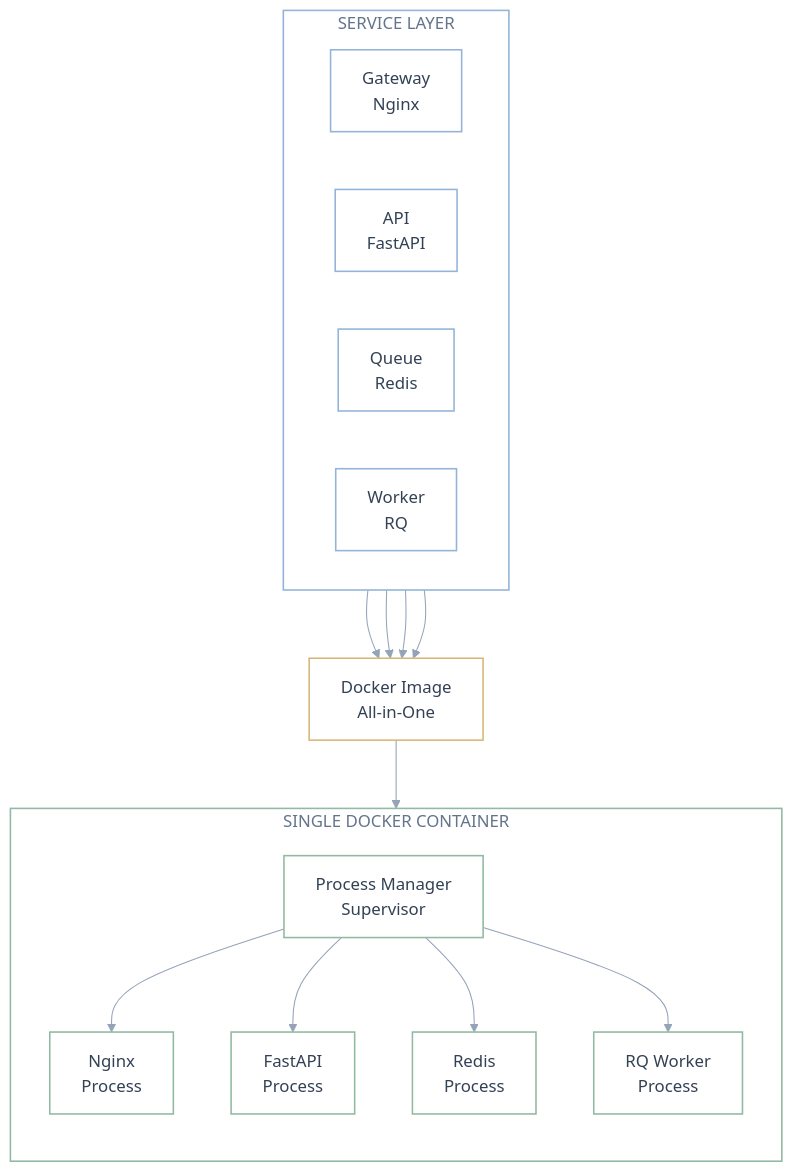
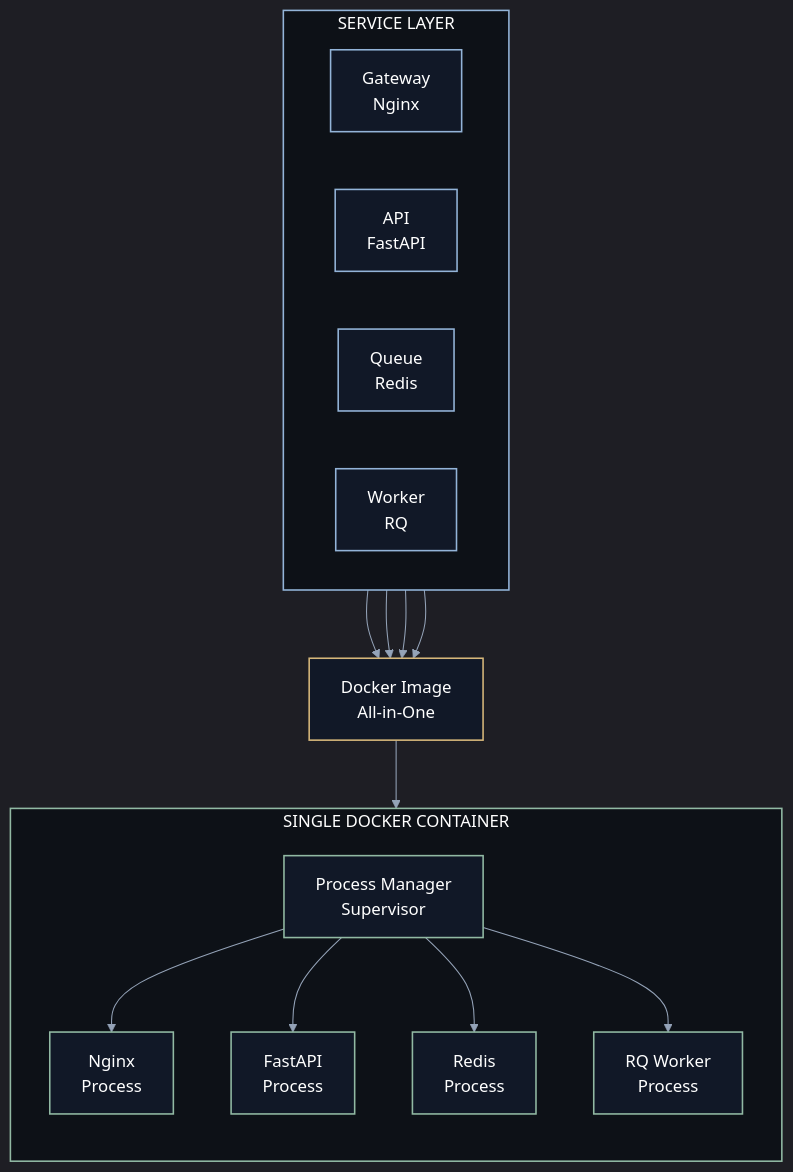
The second of 3 diagrams in README.md (TranKiet146/docflow_SOA_Seminar), drawn with Mermaid before and after one commit. The commit also changed other lines of this file, not shown here.

Commit message:
add color diagram

````diff
--- a/README.md
+++ b/README.md
@@ -415,45 +415,45 @@
 ```mermaid
-%%{init: {"theme": "base", "themeVariables": {"fontFamily": "Arial", "fontSize": "16px", "primaryTextColor": "#334155", "lineColor": "#94A3B8"}, "flowchart": {"htmlLabels": true, "nodeSpacing": 55, "rankSpacing": 65, "useMaxWidth": true}}}%%
+%%{init: {"theme": "dark", "themeVariables": {"fontFamily": "Arial", "fontSize": "16px", "primaryTextColor": "#FFFFFF", "lineColor": "#94A3B8"}, "flowchart": {"htmlLabels": true, "nodeSpacing": 55, "rankSpacing": 65, "useMaxWidth": true}}}%%
 flowchart TB
     subgraph SL["SERVICE LAYER"]
         direction LR
         S1["Gateway<br/>Nginx"]
         S2["API<br/>FastAPI"]
         S3["Queue<br/>Redis"]
         S4["Worker<br/>RQ"]
     end
 
     IMG["Docker Image<br/>All-in-One"]
 
     subgraph CL["SINGLE DOCKER CONTAINER"]
         direction TB
         PM["Process Manager<br/>Supervisor"]
         P1["Nginx<br/>Process"]
         P2["FastAPI<br/>Process"]
         P3["Redis<br/>Process"]
         P4["RQ Worker<br/>Process"]
 
         PM --> P1
         PM --> P2
         PM --> P3
         PM --> P4
     end
 
     S1 --> IMG
     S2 --> IMG
     S3 --> IMG
     S4 --> IMG
     IMG --> PM
 
-    classDef default fill:transparent,stroke:#CBD5E1,stroke-width:1px,color:#334155
-    classDef service fill:transparent,stroke:#93B4D8,stroke-width:1.5px,color:#334155
-    classDef image fill:transparent,stroke:#D6B77A,stroke-width:1.5px,color:#334155
-    classDef process fill:transparent,stroke:#91B9A3,stroke-width:1.5px,color:#334155
+    classDef default fill:#111827,stroke:#CBD5E1,stroke-width:1px,color:#FFFFFF
+    classDef service fill:#111827,stroke:#93B4D8,stroke-width:1.5px,color:#FFFFFF
+    classDef image fill:#111827,stroke:#D6B77A,stroke-width:1.5px,color:#FFFFFF
+    classDef process fill:#111827,stroke:#91B9A3,stroke-width:1.5px,color:#FFFFFF
 
     class S1,S2,S3,S4 service
     class IMG image
     class PM,P1,P2,P3,P4 process
 
-    style SL fill:transparent,stroke:#93B4D8,stroke-width:1.5px,color:#64748B
-    style CL fill:transparent,stroke:#91B9A3,stroke-width:1.5px,color:#64748B
+    style SL fill:#0D1117,stroke:#93B4D8,stroke-width:1.5px,color:#FFFFFF
+    style CL fill:#0D1117,stroke:#91B9A3,stroke-width:1.5px,color:#FFFFFF
 ```
````
